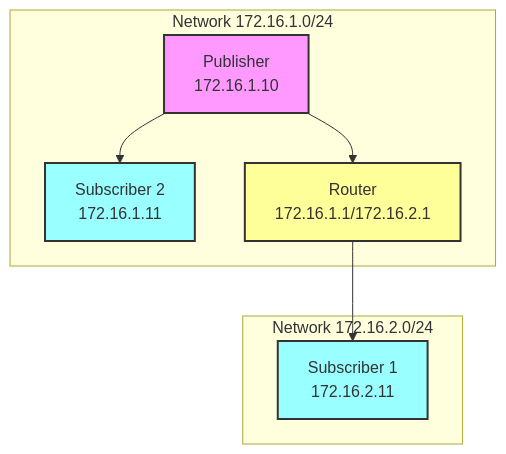
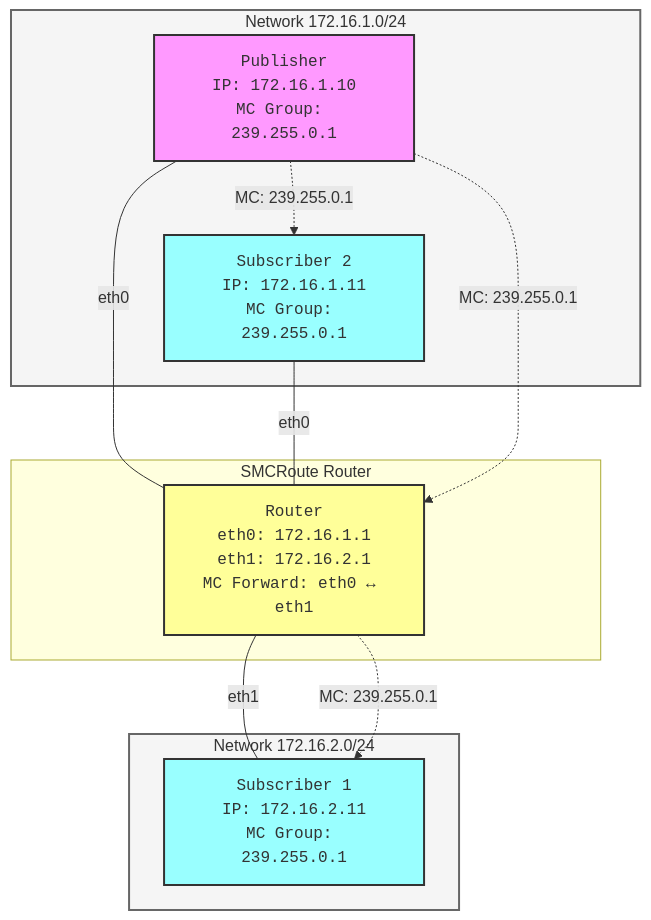
The diagram in README.md (marcocullen/aeron-research), drawn with Mermaid before and after one commit. The commit also changed other lines of this file and 3 other files, not shown here.

````diff
--- a/README.md
+++ b/README.md
@@ -7,16 +7,32 @@
 ```mermaid
 graph TD
-  subgraph Network A [Network 172.16.1.0/24]
-    P[Publisher<br>172.16.1.10] --> S2[Subscriber 2<br>172.16.1.11]
-    P --> R1[Router<br>172.16.1.1/172.16.2.1]
+  subgraph Network_A[Network 172.16.1.0/24]
+    P[Publisher<br/>IP: 172.16.1.10<br/>MC Group: 239.255.0.1]
+    S2[Subscriber 2<br/>IP: 172.16.1.11<br/>MC Group: 239.255.0.1]
   end
 
-  subgraph Network B [Network 172.16.2.0/24]
-    R1 --> S1[Subscriber 1<br>172.16.2.11]
-  end
+subgraph Router[SMCRoute Router]
+R[Router<br/>eth0: 172.16.1.1<br/>eth1: 172.16.2.1<br/>MC Forward: eth0 ↔ eth1]
+end
 
-  style P fill:#f9f,stroke:#333,stroke-width:2px
-  style S1 fill:#9ff,stroke:#333,stroke-width:2px
-  style S2 fill:#9ff,stroke:#333,stroke-width:2px
-  style R1 fill:#ff9,stroke:#333,stroke-width:2px
+subgraph Network_B[Network 172.16.2.0/24]
+S1[Subscriber 1<br/>IP: 172.16.2.11<br/>MC Group: 239.255.0.1]
+end
+
+P --- |eth0| R
+S2 --- |eth0| R
+R --- |eth1| S1
+
+P -.-> |MC: 239.255.0.1| S2
+P -.-> |MC: 239.255.0.1| R
+R -.-> |MC: 239.255.0.1| S1
+
+style P fill:#f9f,stroke:#333,stroke-width:2px
+style S1 fill:#9ff,stroke:#333,stroke-width:2px
+style S2 fill:#9ff,stroke:#333,stroke-width:2px
+style R fill:#ff9,stroke:#333,stroke-width:2px
+
+classDef default font-family:monospace
+classDef network fill:#f5f5f5,stroke:#666,stroke-width:2px
+class Network_A,Network_B network
 ```
````
